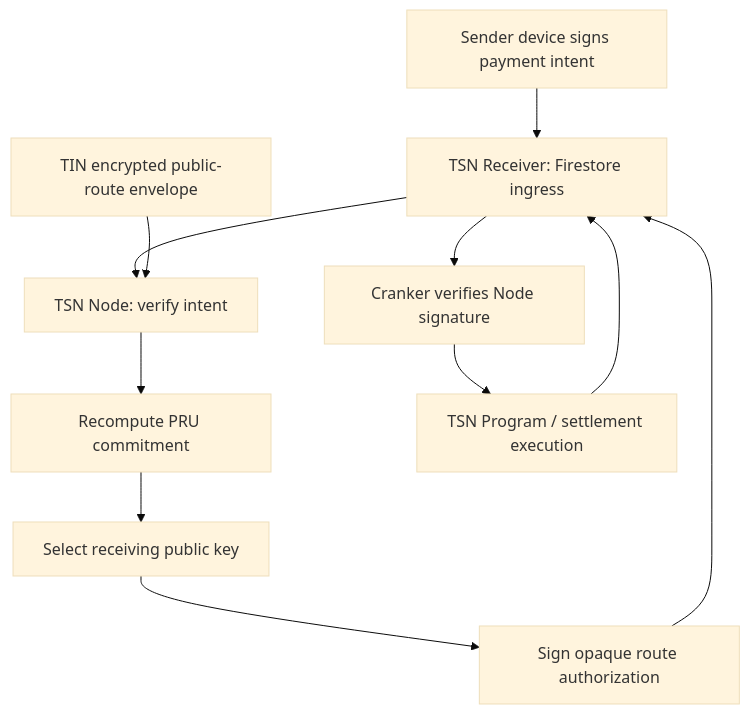
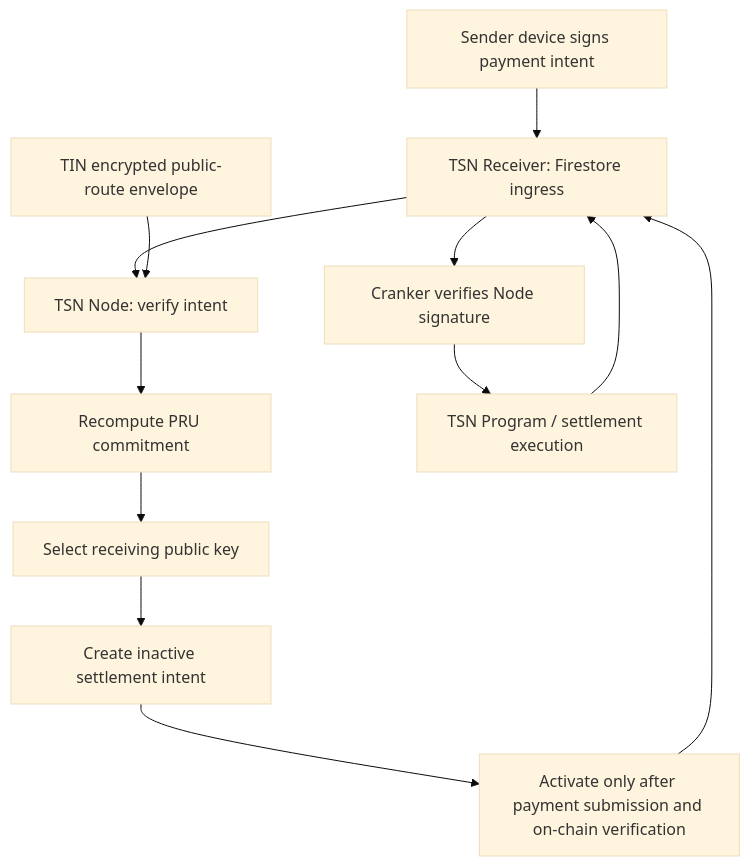
One commit to bigdreamsweb3/trustlink-pay changed the fourth of 5 diagrams in docs/tsn-receiver-node-architecture.md. Above: the diagram before and after it, drawn with Mermaid (base theme). The commit also changed other lines of this file and 4 other files, not shown here.

````diff
--- a/docs/tsn-receiver-node-architecture.md
+++ b/docs/tsn-receiver-node-architecture.md
@@ -109,13 +115,14 @@
 ```mermaid
 flowchart TD
   U["Sender device signs payment intent"] --> R["TSN Receiver: Firestore ingress"]
   R --> N["TSN Node: verify intent"]
   T["TIN encrypted public-route envelope"] --> N
   N --> C["Recompute PRU commitment"]
   C --> S["Select receiving public key"]
-  S --> A["Sign opaque route authorization"]
+  S --> SI["Create inactive settlement intent"]
+  SI --> A["Activate only after payment submission and on-chain verification"]
   A --> R
   R --> K["Cranker verifies Node signature"]
   K --> P["TSN Program / settlement execution"]
   P --> R
 ```
````
